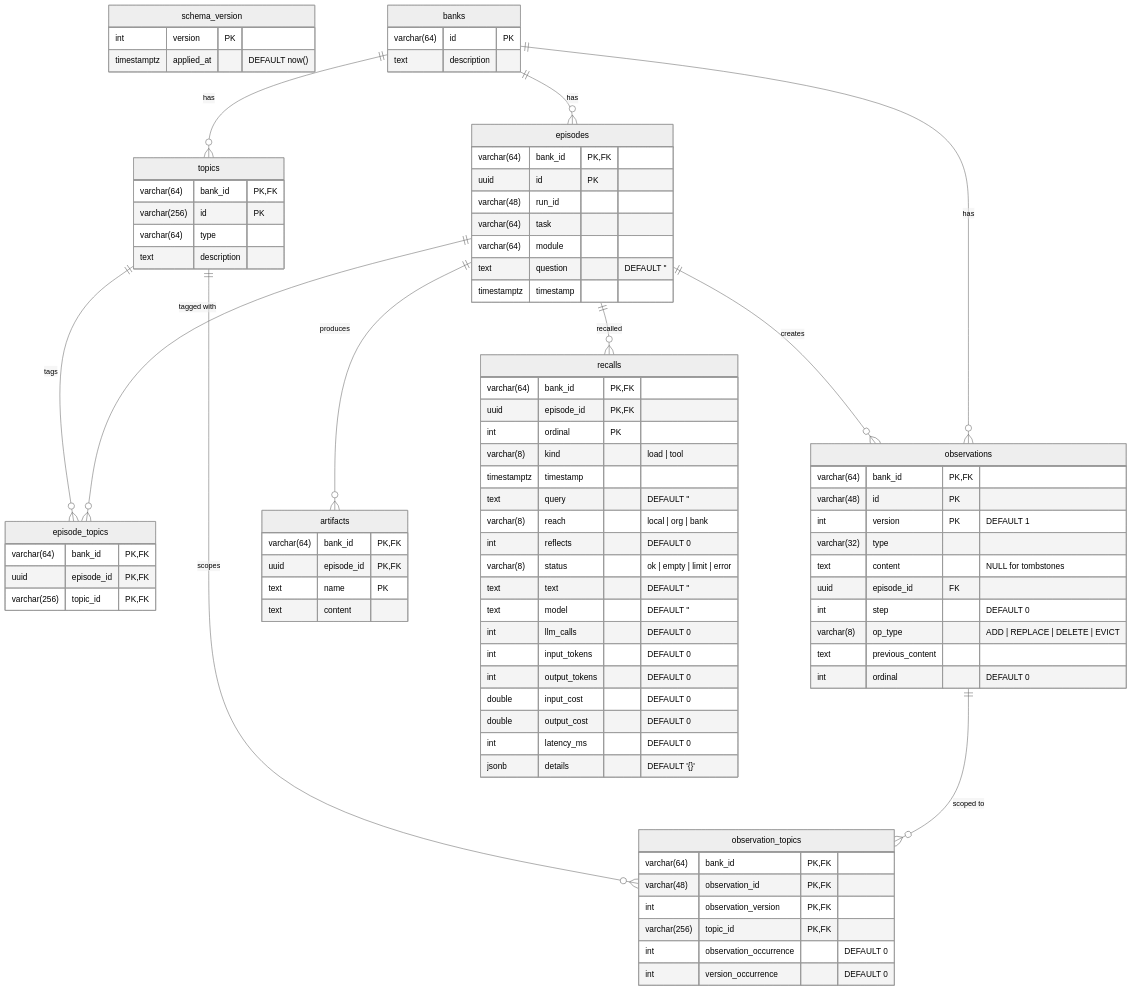
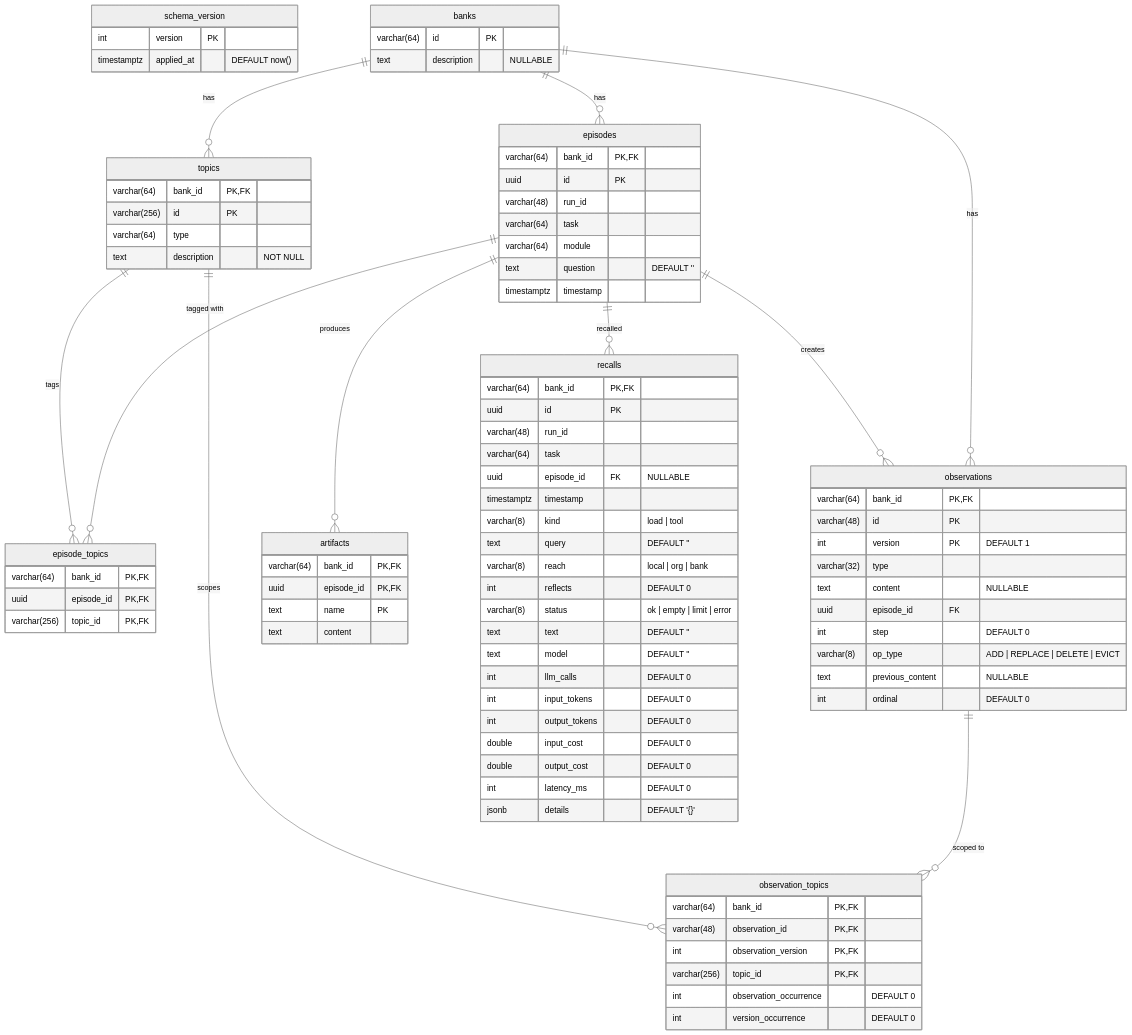
The diagram in docs/memory.md (khezen/codespy), drawn with Mermaid (neutral theme) before and after one commit. The commit also changed other lines of this file and 8 other files, not shown here.

```diff
--- a/docs/memory.md
+++ b/docs/memory.md
@@ -91,14 +281,14 @@
 
     banks {
         varchar(64) id PK
-        text description
+        text description "NULLABLE"
     }
 
     topics {
         varchar(64) bank_id PK, FK
         varchar(256) id PK
         varchar(64) type
-        text description
+        text description "NOT NULL"
     }
 
     episodes {
@@ -122,11 +312,11 @@
         varchar(48) id PK
         int version PK "DEFAULT 1"
         varchar(32) type
-        text content "NULL for tombstones"
+        text content "NULLABLE"
         uuid episode_id FK
         int step "DEFAULT 0"
         varchar(8) op_type "ADD | REPLACE | DELETE | EVICT"
-        text previous_content
+        text previous_content "NULLABLE"
         int ordinal "DEFAULT 0"
     }
 
@@ -148,10 +338,12 @@
 
     recalls {
         varchar(64) bank_id PK, FK
-        uuid episode_id PK, FK
-        int ordinal PK
+        uuid id PK
+        varchar(48) run_id
+        varchar(64) task
+        uuid episode_id FK "NULLABLE"
+        timestamptz timestamp
         varchar(8) kind "load | tool"
-        timestamptz timestamp
         text query "DEFAULT ''"
         varchar(8) reach "local | org | bank"
         int reflects "DEFAULT 0"
```
